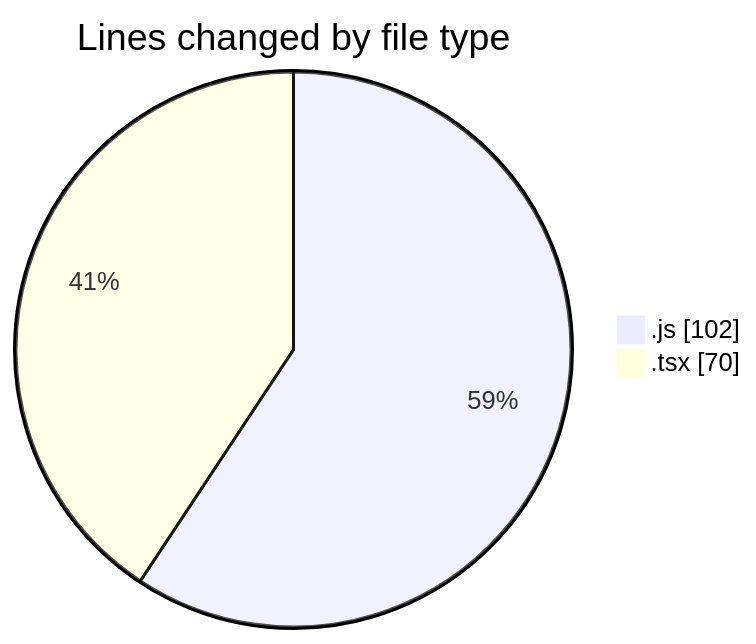
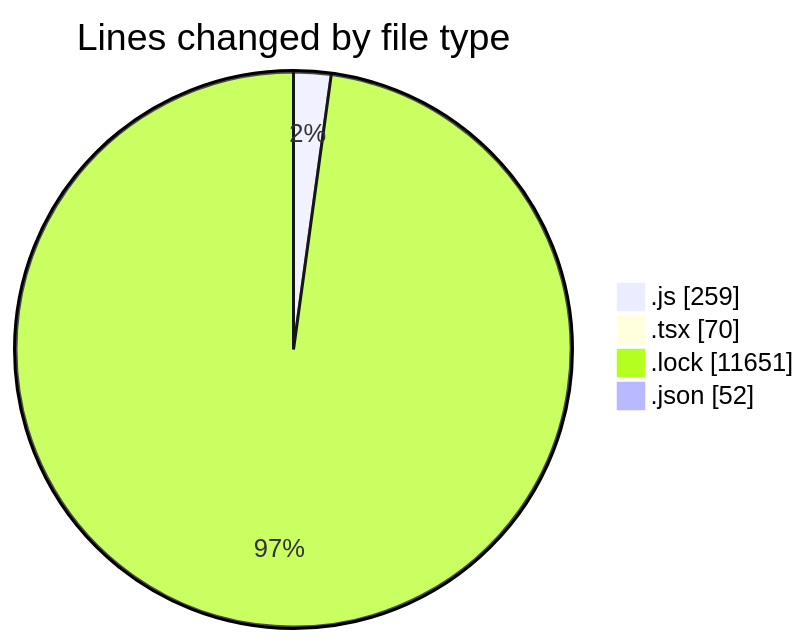
Before and after one commit to momahboobian/code-tracking: the first of 2 diagrams in 2026-01-13/cda/README.md, drawn with Mermaid. The commit also changed other lines of this file and 1 other file, not shown here.

````diff
--- a/2026-01-13/cda/README.md
+++ b/2026-01-13/cda/README.md
@@ -21,6 +24,8 @@
 ```mermaid
 pie showData
 title Lines changed by file type
-".js" : 102
+".js" : 259
 ".tsx" : 70
+".lock" : 11651
+".json" : 52
 ```
````
